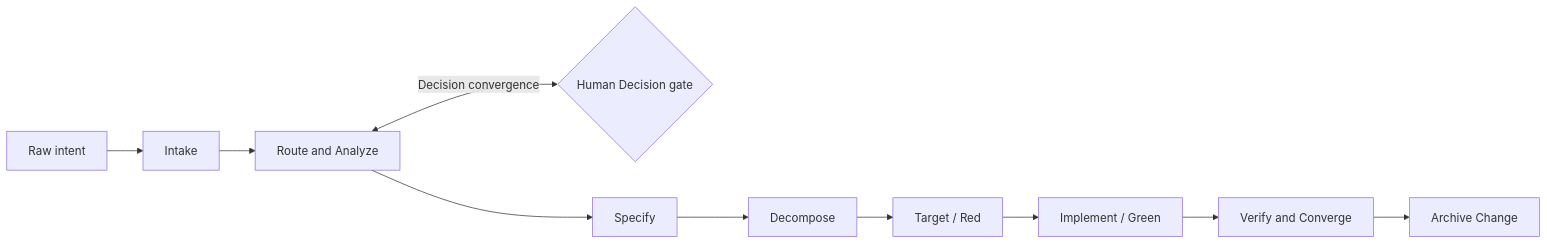
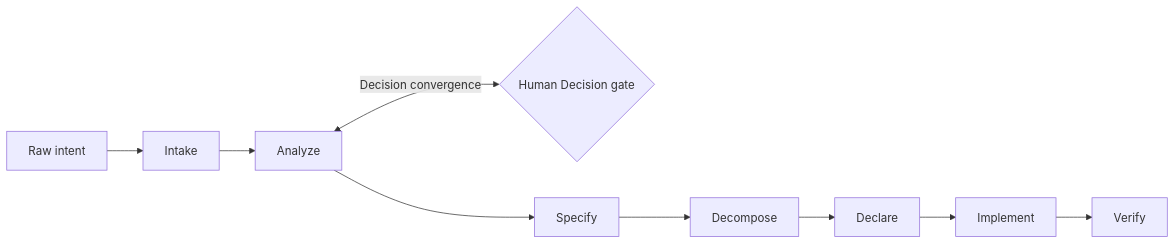
One commit to gste/deltafuse changed the diagram in README.md. Above: the diagram before and after it, drawn with Mermaid. The commit also changed other lines of this file and 40 other files, not shown here.

First line of the commit message:
refactor: use one-word lifecycle skills and rename Target to Declare

````diff
--- a/README.md
+++ b/README.md
@@ -26,12 +26,11 @@
 ```mermaid
 flowchart LR
     Raw[Raw intent] --> Intake[Intake]
-    Intake --> Analyze[Route and Analyze]
+    Intake --> Analyze[Analyze]
     Analyze <-->|Decision convergence| Decision{Human Decision gate}
     Analyze --> Specify[Specify]
     Specify --> Decompose[Decompose]
-    Decompose --> Target[Target / Red]
-    Target --> Implement[Implement / Green]
-    Implement --> Verify[Verify and Converge]
-    Verify --> Archive[Archive Change]
+    Decompose --> Declare[Declare]
+    Declare --> Implement[Implement]
+    Implement --> Verify[Verify]
 ```
````
